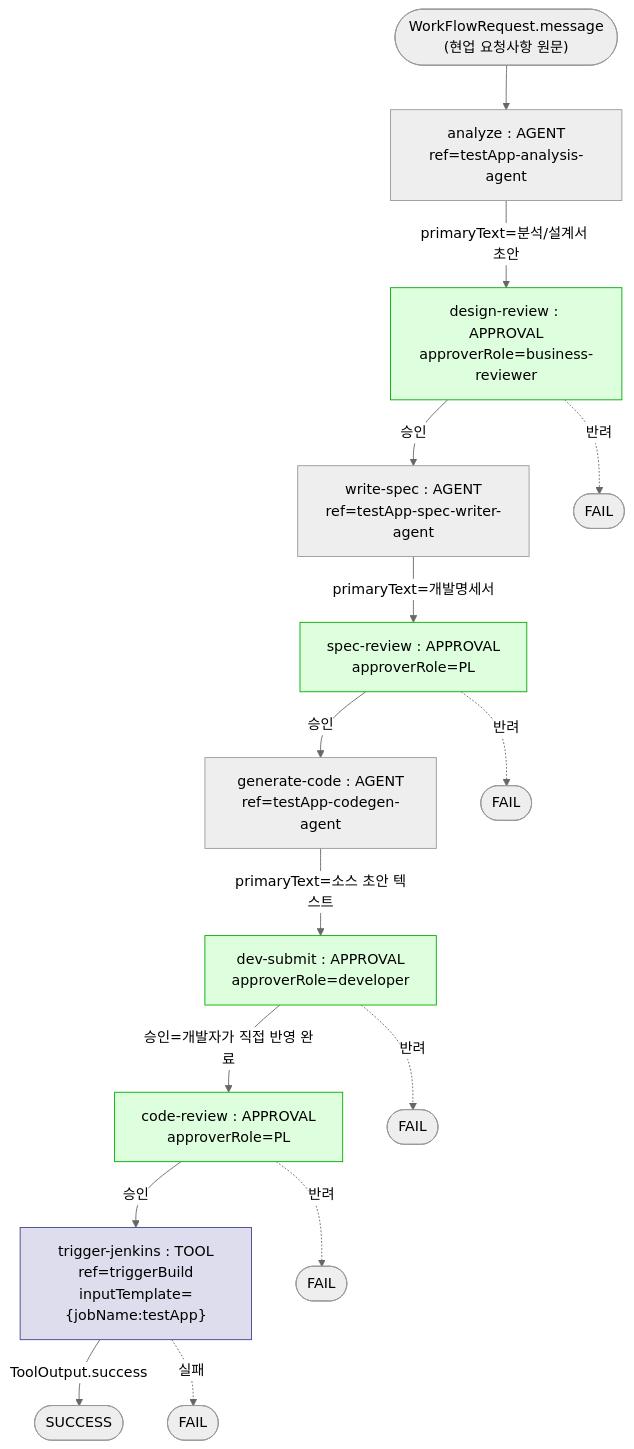
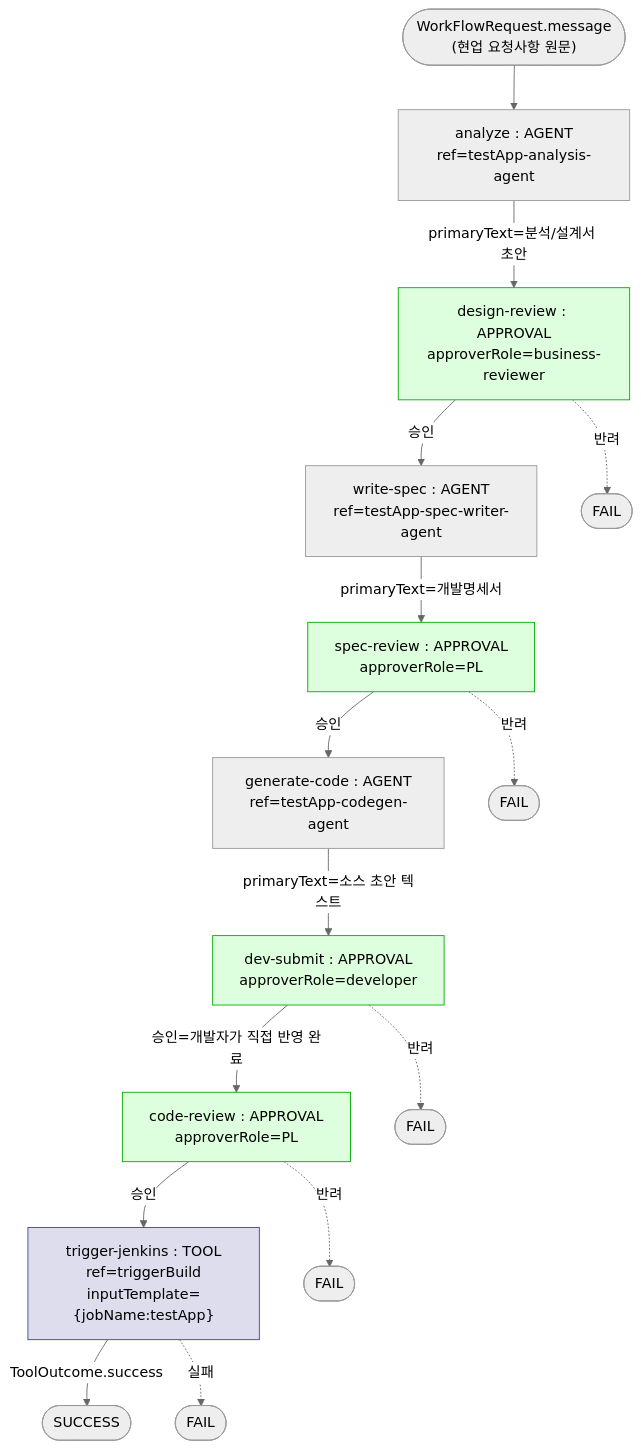
Diagram 12 of 12 in docs/09.dstone-ai-engine.md (YongSoekChoeng/dstone), drawn with Mermaid (neutral theme) before and after one commit. The commit also changed other lines of this file and 36 other files, not shown here.

````diff
--- a/docs/09.dstone-ai-engine.md
+++ b/docs/09.dstone-ai-engine.md
@@ -651,23 +692,23 @@
 ```mermaid
 flowchart TD
     IN(["WorkFlowRequest.message\n(현업 요청사항 원문)"]) --> A1
     A1["analyze : AGENT\nref=testApp-analysis-agent"] -->|primaryText=분석/설계서 초안| P1
     P1["design-review : APPROVAL\napproverRole=business-reviewer"] -->|승인| A2
     P1 -.반려.-> FAIL1(["FAIL"])
     A2["write-spec : AGENT\nref=testApp-spec-writer-agent"] -->|primaryText=개발명세서| P2
     P2["spec-review : APPROVAL\napproverRole=PL"] -->|승인| A3
     P2 -.반려.-> FAIL2(["FAIL"])
     A3["generate-code : AGENT\nref=testApp-codegen-agent"] -->|primaryText=소스 초안 텍스트| P3
     P3["dev-submit : APPROVAL\napproverRole=developer"] -->|승인=개발자가 직접 반영 완료| P4
     P3 -.반려.-> FAIL3(["FAIL"])
     P4["code-review : APPROVAL\napproverRole=PL"] -->|승인| T1
     P4 -.반려.-> FAIL4(["FAIL"])
-    T1["trigger-jenkins : TOOL\nref=triggerBuild\ninputTemplate={jobName:testApp}"] -->|ToolOutput.success| SUCCESS(["SUCCESS"])
+    T1["trigger-jenkins : TOOL\nref=triggerBuild\ninputTemplate={jobName:testApp}"] -->|ToolOutcome.success| SUCCESS(["SUCCESS"])
     T1 -.실패.-> FAIL5(["FAIL"])
 
     style P1 fill:#dfd,stroke:#0a0
     style P2 fill:#dfd,stroke:#0a0
     style P3 fill:#dfd,stroke:#0a0
     style P4 fill:#dfd,stroke:#0a0
     style T1 fill:#dde,stroke:#448
 ```
````
